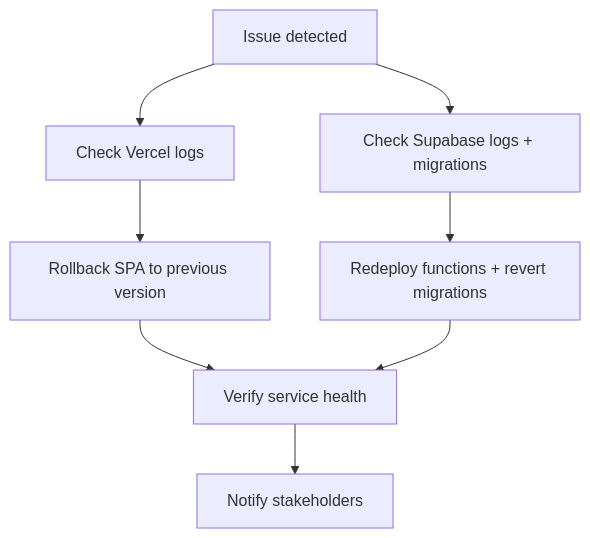
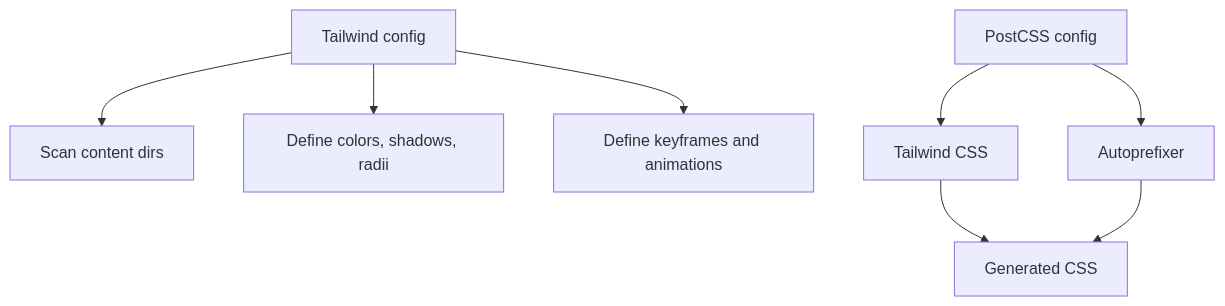
The seventh of 8 diagrams in .qoder/repowiki/en/content/Deployment & DevOps.md (Sebu750/adorzia-studio), drawn with Mermaid before and after one commit. The commit also changed other lines of this file and 327 other files, not shown here.

````diff
--- a/.qoder/repowiki/en/content/Deployment & DevOps.md
+++ b/.qoder/repowiki/en/content/Deployment & DevOps.md
@@ -334,10 +223,10 @@
 ```mermaid
 flowchart TD
-Issue["Issue detected"] --> FECheck["Check Vercel logs"]
-Issue --> BECheck["Check Supabase logs + migrations"]
-FECheck --> RollbackFE["Rollback SPA to previous version"]
-BECheck --> RollbackBE["Redeploy functions + revert migrations"]
-RollbackFE --> Verify["Verify service health"]
-RollbackBE --> Verify
-Verify --> Communicate["Notify stakeholders"]
+TW["Tailwind config"] --> Scan["Scan content dirs"]
+TW --> Tokens["Define colors, shadows, radii"]
+TW --> Anim["Define keyframes and animations"]
+PC["PostCSS config"] --> Tailwind["Tailwind CSS"]
+PC --> Autoprefixer["Autoprefixer"]
+Tailwind --> CSSOut["Generated CSS"]
+Autoprefixer --> CSSOut
 ```
````
